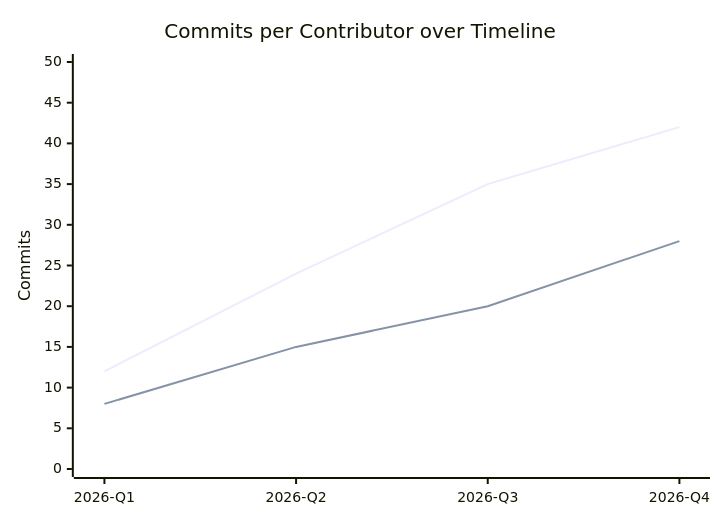
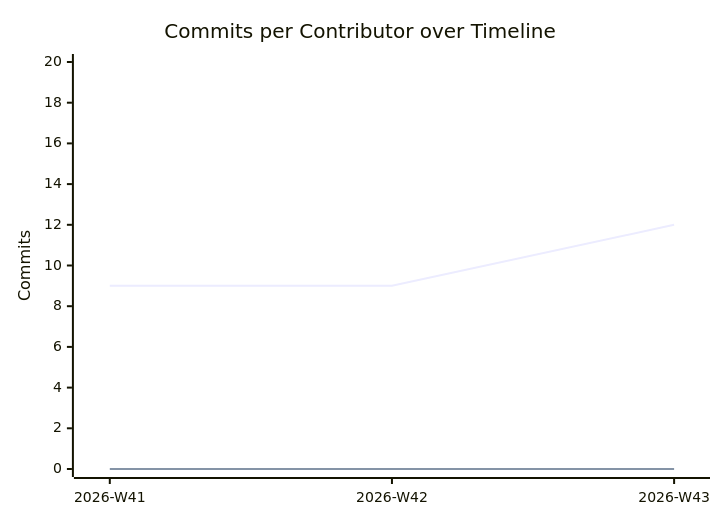
The diagram in documentation/snippets/management/commit-velocity.mmd (BeyondMagic/swe-template), drawn with Mermaid before and after one commit. The commit also changed 8 other files, not shown here.

```diff
--- a/documentation/snippets/management/commit-velocity.mmd
+++ b/documentation/snippets/management/commit-velocity.mmd
@@ -1,6 +1,6 @@
 xychart-beta
     title "Commits per Contributor over Timeline"
-    x-axis ["2026-Q1", "2026-Q2", "2026-Q3", "2026-Q4"]
-    y-axis "Commits" 0 --> 50
-    line [12, 24, 35, 42]
-    line [8, 15, 20, 28]
+    x-axis ["2026-W41", "2026-W42", "2026-W43"]
+    y-axis "Commits" 0 --> 20
+    line [9, 9, 12]
+    line [0, 0, 0]
```
